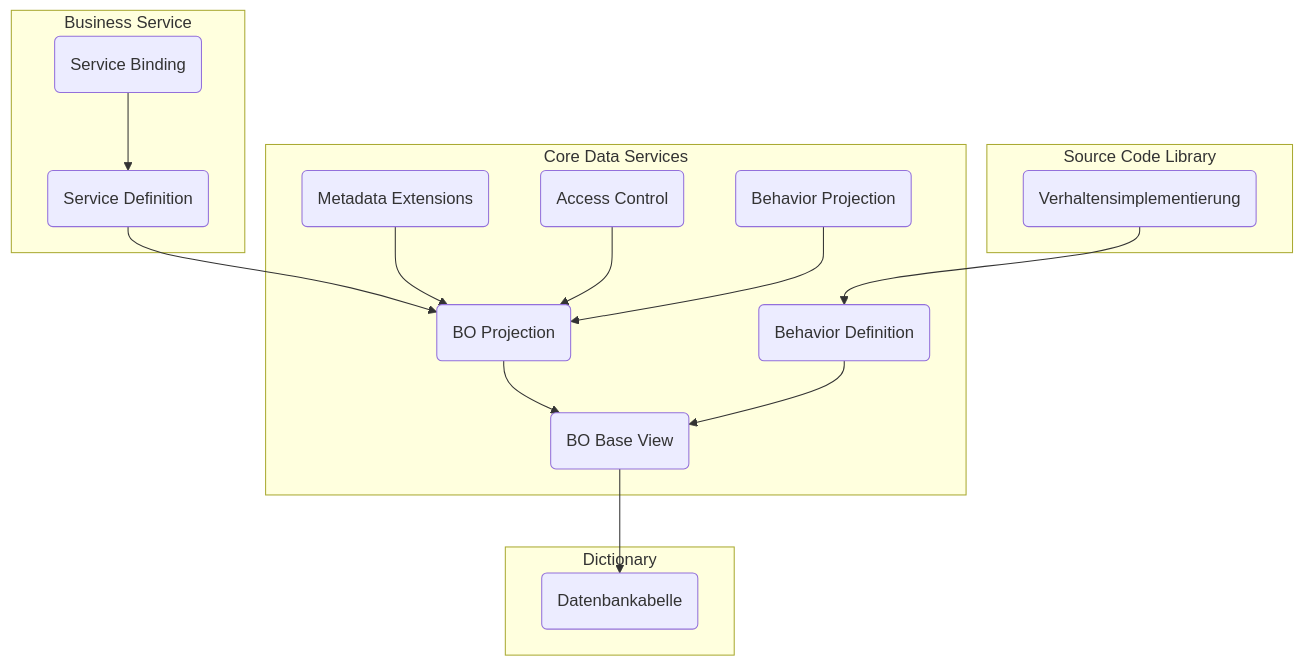
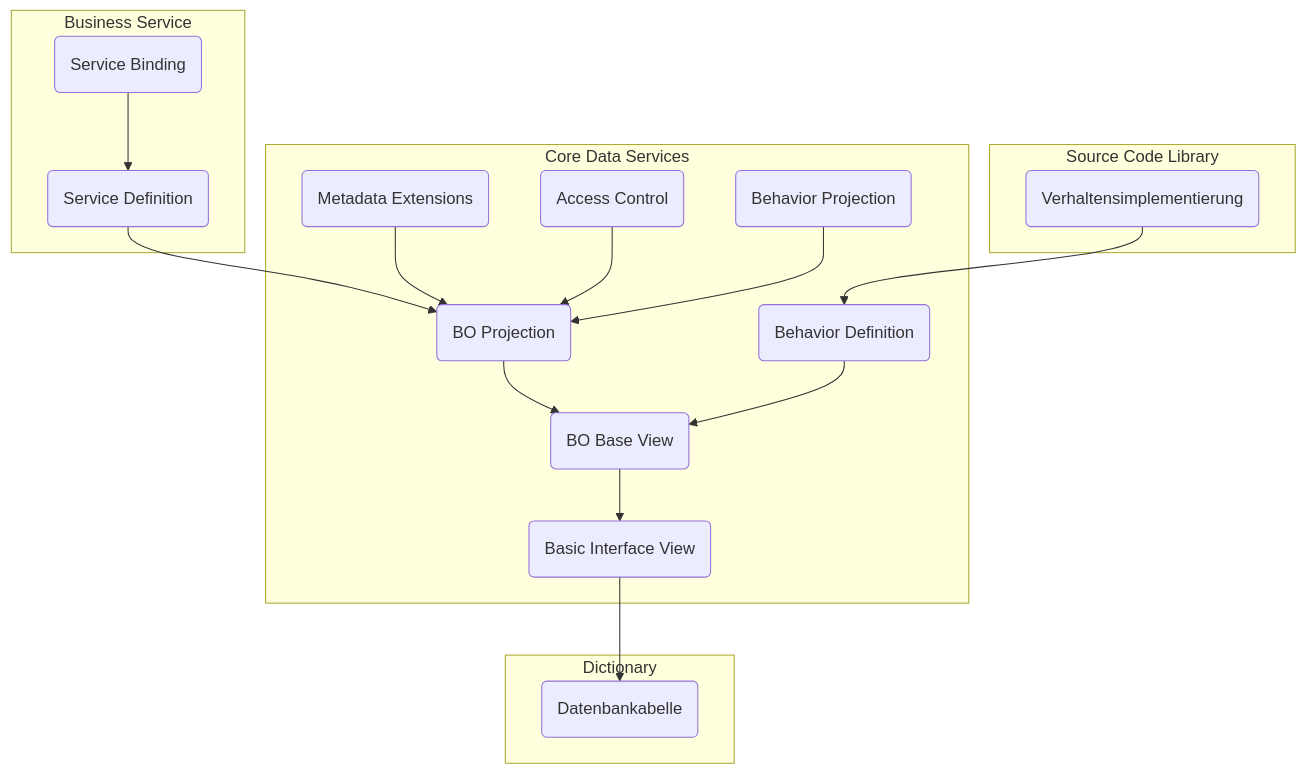
One commit to appenmaier/s4hana changed the diagram in docs/documentation/rap/runtime-artifacts.md. Above: the diagram before and after it, drawn with Mermaid. The commit also changed other lines of this file and 10 other files, not shown here.

````diff
--- a/docs/documentation/rap/runtime-artifacts.md
+++ b/docs/documentation/rap/runtime-artifacts.md
@@ -30,31 +19,33 @@
 ```mermaid
 flowchart
  subgraph Dictionary
    table(Datenbankabelle)
  end
  subgraph Core Data Services
-   data_definition(BO Base View)
+   base_view(Basic Interface View)
+   bo_base_view(BO Base View)
    bo_projection(BO Projection)
    behavior_definition(Behavior Definition)
    behavior_projection(Behavior Projection)
    metadata_extension(Metadata Extensions)
    access_control(Access Control)
  end
  subgraph Business Service
    service_definition(Service Definition)
    service_binding(Service Binding)
  end
  subgraph Source Code Library
    implementation(Verhaltensimplementierung)
  end
 
  service_binding --> service_definition
  service_definition --> bo_projection
- bo_projection --> data_definition
+ bo_projection --> bo_base_view
  metadata_extension --> bo_projection
  access_control --> bo_projection
  behavior_projection --> bo_projection
- data_definition --> table
- behavior_definition --> data_definition
+ bo_base_view --> base_view
+ base_view --> table
+ behavior_definition --> bo_base_view
  implementation --> behavior_definition
 ```
````
